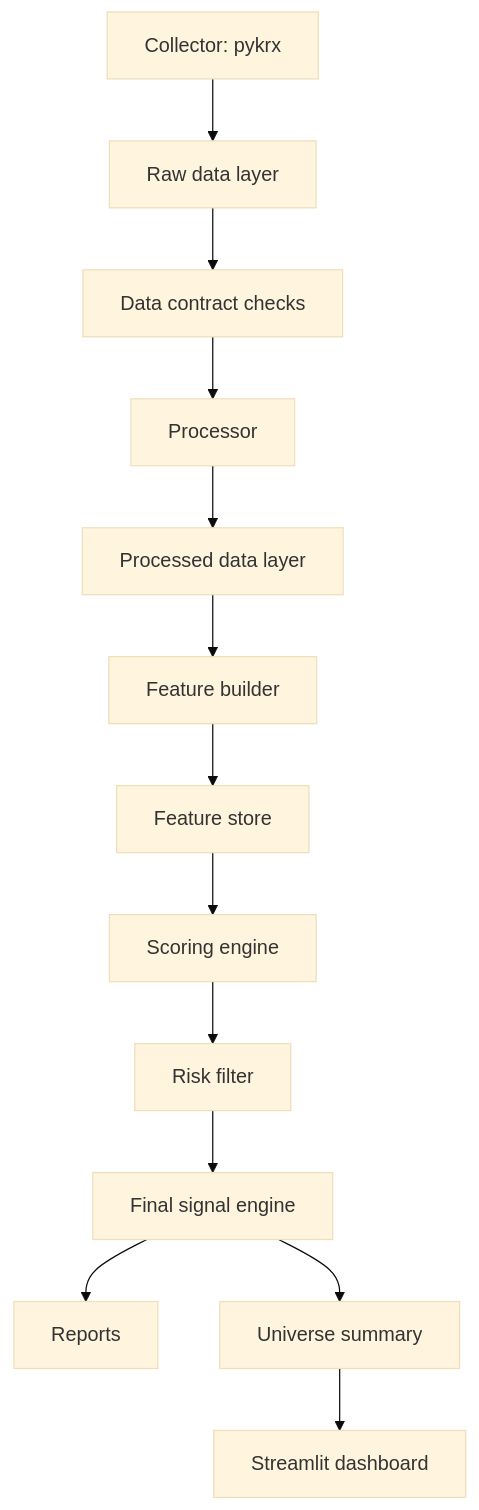
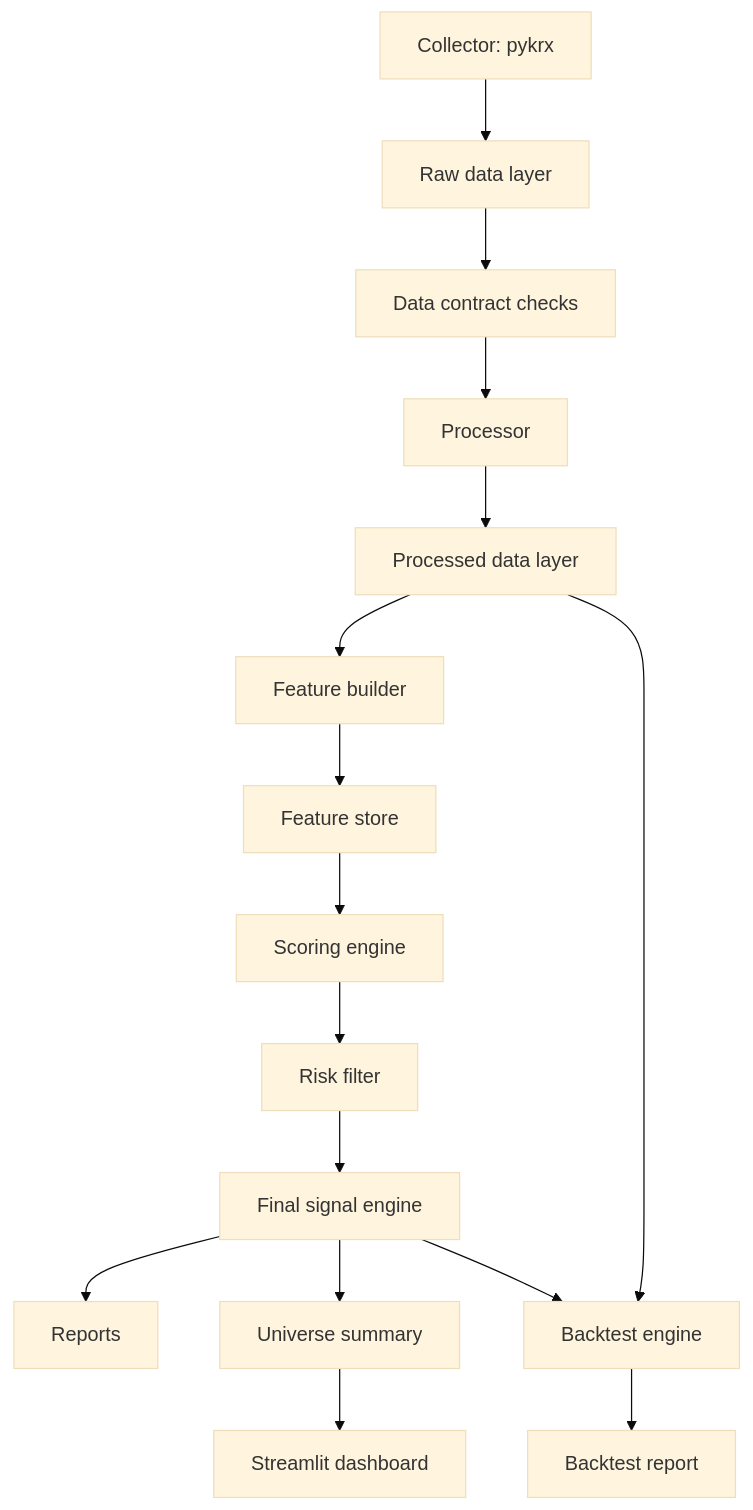
The diagram in docs/architecture.md (pkb0728-lgtm/krx-alpha-platform), drawn with Mermaid (base theme) before and after one commit. The commit also changed other lines of this file and 25 other files, not shown here.

Commit message:
Add simple backtest engine

````diff
--- a/docs/architecture.md
+++ b/docs/architecture.md
@@ -11,15 +11,18 @@
 ```mermaid
 flowchart TD
     A["Collector: pykrx"] --> B["Raw data layer"]
     B --> C["Data contract checks"]
     C --> D["Processor"]
     D --> E["Processed data layer"]
     E --> F["Feature builder"]
     F --> G["Feature store"]
     G --> H["Scoring engine"]
     H --> I["Risk filter"]
     I --> J["Final signal engine"]
     J --> K["Reports"]
     J --> L["Universe summary"]
     L --> M["Streamlit dashboard"]
+    J --> N["Backtest engine"]
+    E --> N
+    N --> O["Backtest report"]
 ```
````
